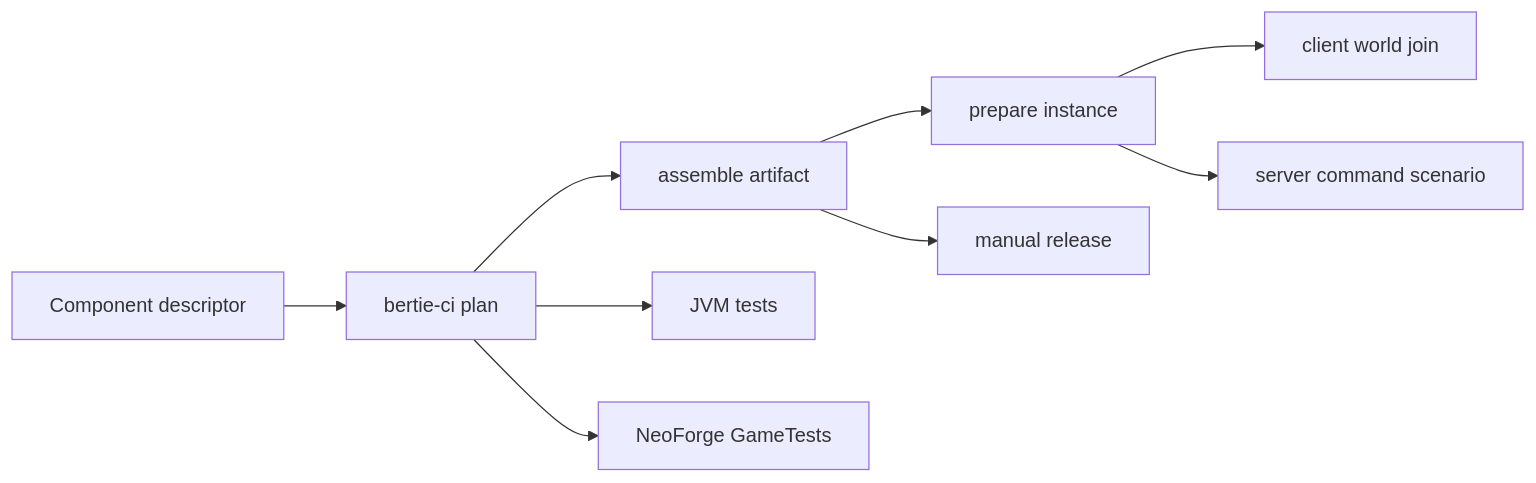
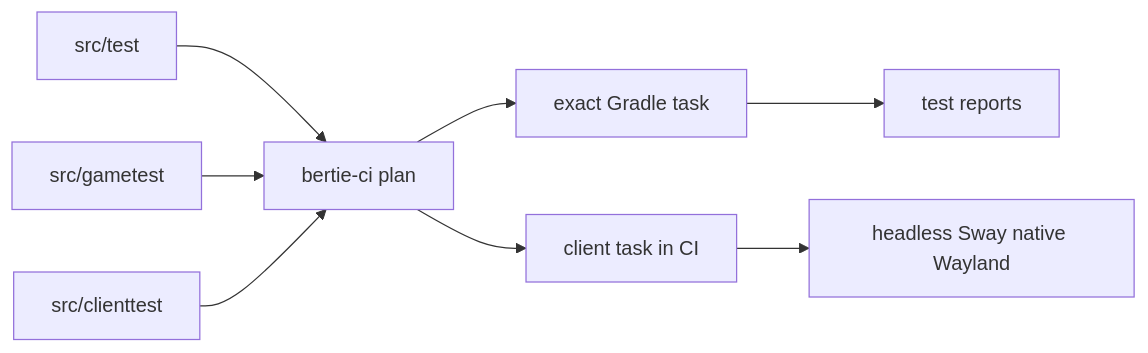
One commit to bertie-mc/bertie changed the diagram in tools/bertie-ci/README.md. Above: the diagram before and after it, drawn with Mermaid. The commit also changed other lines of this file and 25 other files, not shown here.

````diff
--- a/tools/bertie-ci/README.md
+++ b/tools/bertie-ci/README.md
@@ -8,11 +8,10 @@
 ```mermaid
 flowchart LR
-    D[Component descriptor] --> P[bertie-ci plan]
-    P --> B[assemble artifact]
-    P --> U[JVM tests]
-    P --> G[NeoForge GameTests]
-    B --> I[prepare instance]
-    I --> C[client world join]
-    I --> S[server command scenario]
-    B --> R[manual release]
+    S[src/test] --> P[bertie-ci plan]
+    G[src/gametest] --> P
+    C[src/clienttest] --> P
+    P --> T[exact Gradle task]
+    T --> R[test reports]
+    P --> W[client task in CI]
+    W --> X[headless Sway native Wayland]
 ```
````
